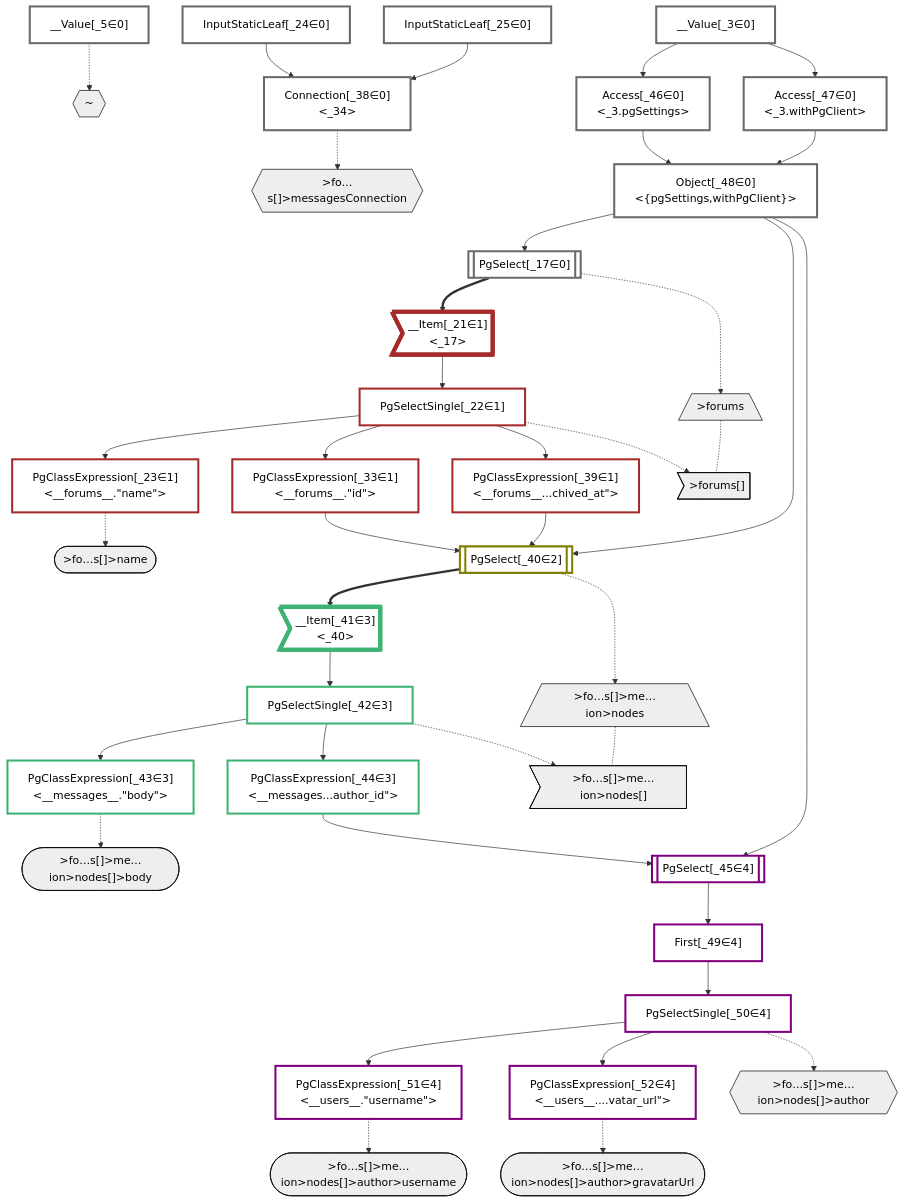
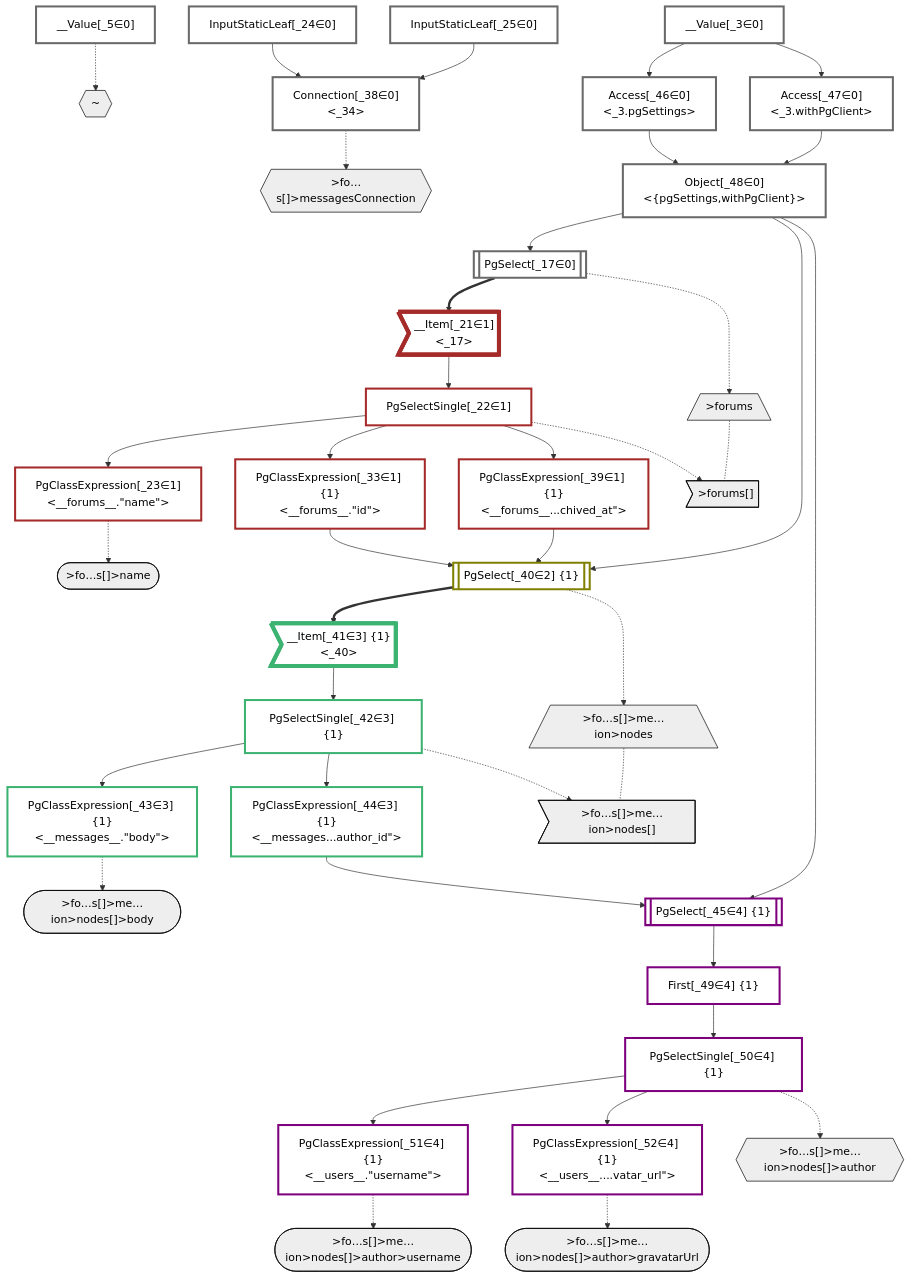
Before and after one commit to graphile/crystal: the diagram in packages/dataplan-pg/__tests__/queries/conditions/archived-forum-inherited-messages.stream-3.deopt.mermaid.md, drawn with Mermaid. The commit also changed 46 other files, not shown here.

Commit message:
Add groupIds to plan graphs

```diff
--- a/packages/dataplan-pg/__tests__/queries/conditions/archived-forum-inherited-messages.stream-3.deopt.mermaid.md
+++ b/packages/dataplan-pg/__tests__/queries/conditions/archived-forum-inherited-messages.stream-3.deopt.mermaid.md
@@ -38,22 +38,22 @@
     PgClassExpression_23["PgClassExpression[_23∈1]<br /><__forums__.#quot;name#quot;>"]:::plan
     InputStaticLeaf_24["InputStaticLeaf[_24∈0]"]:::plan
     InputStaticLeaf_25["InputStaticLeaf[_25∈0]"]:::plan
-    PgClassExpression_33["PgClassExpression[_33∈1]<br /><__forums__.#quot;id#quot;>"]:::plan
+    PgClassExpression_33["PgClassExpression[_33∈1] {1}<br /><__forums__.#quot;id#quot;>"]:::plan
     Connection_38["Connection[_38∈0]<br /><_34>"]:::plan
-    PgClassExpression_39["PgClassExpression[_39∈1]<br /><__forums__...chived_at#quot;>"]:::plan
-    PgSelect_40[["PgSelect[_40∈2]<br /><messages>"]]:::plan
-    __Item_41>"__Item[_41∈3]<br /><_40>"]:::itemplan
-    PgSelectSingle_42["PgSelectSingle[_42∈3]<br /><messages>"]:::plan
-    PgClassExpression_43["PgClassExpression[_43∈3]<br /><__messages__.#quot;body#quot;>"]:::plan
-    PgClassExpression_44["PgClassExpression[_44∈3]<br /><__messages...author_id#quot;>"]:::plan
-    PgSelect_45[["PgSelect[_45∈4]<br /><users>"]]:::plan
+    PgClassExpression_39["PgClassExpression[_39∈1] {1}<br /><__forums__...chived_at#quot;>"]:::plan
+    PgSelect_40[["PgSelect[_40∈2] {1}<br /><messages>"]]:::plan
+    __Item_41>"__Item[_41∈3] {1}<br /><_40>"]:::itemplan
+    PgSelectSingle_42["PgSelectSingle[_42∈3] {1}<br /><messages>"]:::plan
+    PgClassExpression_43["PgClassExpression[_43∈3] {1}<br /><__messages__.#quot;body#quot;>"]:::plan
+    PgClassExpression_44["PgClassExpression[_44∈3] {1}<br /><__messages...author_id#quot;>"]:::plan
+    PgSelect_45[["PgSelect[_45∈4] {1}<br /><users>"]]:::plan
     Access_46["Access[_46∈0]<br /><_3.pgSettings>"]:::plan
     Access_47["Access[_47∈0]<br /><_3.withPgClient>"]:::plan
     Object_48["Object[_48∈0]<br /><{pgSettings,withPgClient}>"]:::plan
-    First_49["First[_49∈4]"]:::plan
-    PgSelectSingle_50["PgSelectSingle[_50∈4]<br /><users>"]:::plan
-    PgClassExpression_51["PgClassExpression[_51∈4]<br /><__users__.#quot;username#quot;>"]:::plan
-    PgClassExpression_52["PgClassExpression[_52∈4]<br /><__users__....vatar_url#quot;>"]:::plan
+    First_49["First[_49∈4] {1}"]:::plan
+    PgSelectSingle_50["PgSelectSingle[_50∈4] {1}<br /><users>"]:::plan
+    PgClassExpression_51["PgClassExpression[_51∈4] {1}<br /><__users__.#quot;username#quot;>"]:::plan
+    PgClassExpression_52["PgClassExpression[_52∈4] {1}<br /><__users__....vatar_url#quot;>"]:::plan
 
     %% plan dependencies
     Object_48 --> PgSelect_17
```
